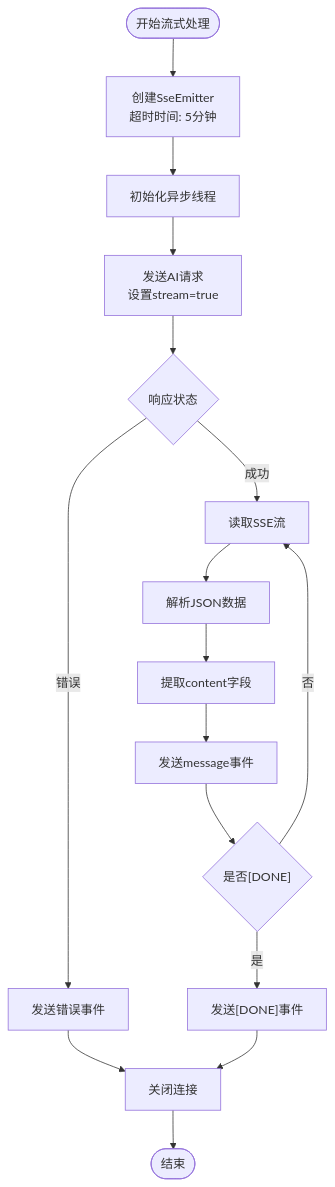
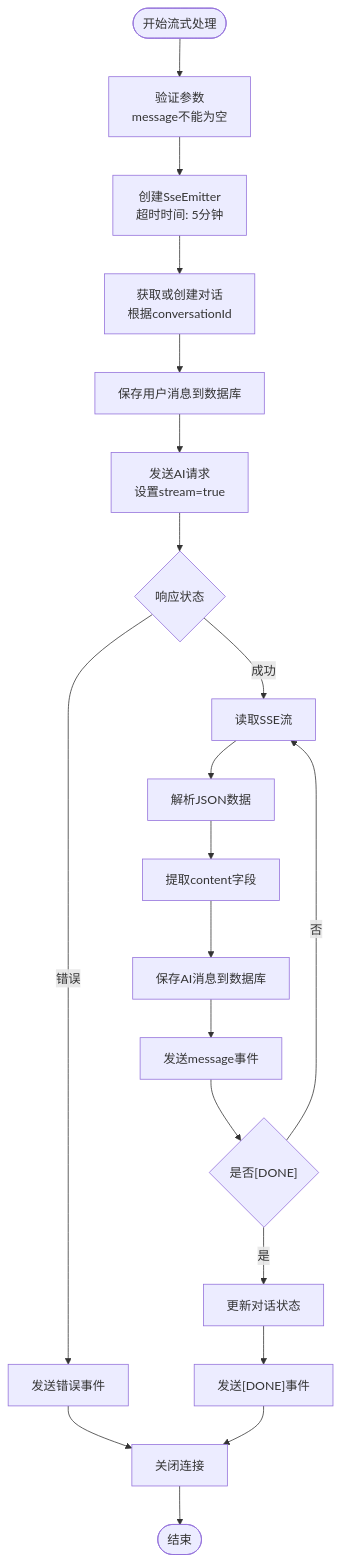
Before and after one commit to xionghao5/ruoyi-demo: the third of 7 diagrams in .qoder/repowiki/zh/content/API接口文档/AI对话API.md, drawn with Mermaid. The commit also changed other lines of this file and 3 other files, not shown here.

````diff
--- a/.qoder/repowiki/zh/content/API接口文档/AI对话API.md
+++ b/.qoder/repowiki/zh/content/API接口文档/AI对话API.md
@@ -182,18 +260,22 @@
 ```mermaid
 flowchart TD
-Start([开始流式处理]) --> CreateEmitter["创建SseEmitter<br/>超时时间: 5分钟"]
-CreateEmitter --> InitThread["初始化异步线程"]
-InitThread --> SendRequest["发送AI请求<br/>设置stream=true"]
-SendRequest --> CheckResponse{"响应状态"}
+Start([开始流式处理]) --> ValidateParams["验证参数<br/>message不能为空"]
+ValidateParams --> CreateEmitter["创建SseEmitter<br/>超时时间: 5分钟"]
+CreateEmitter --> GetOrCreateConversation["获取或创建对话<br/>根据conversationId"]
+GetOrCreateConversation --> SaveUserMessage["保存用户消息到数据库"]
+SaveUserMessage --> SendAIRequest["发送AI请求<br/>设置stream=true"]
+SendAIRequest --> CheckResponse{"响应状态"}
 CheckResponse --> |错误| SendError["发送错误事件"]
 CheckResponse --> |成功| ReadStream["读取SSE流"]
 SendError --> CloseConnection["关闭连接"]
 ReadStream --> ParseData["解析JSON数据"]
 ParseData --> ExtractContent["提取content字段"]
-ExtractContent --> SendEvent["发送message事件"]
+ExtractContent --> SaveAIMessage["保存AI消息到数据库"]
+SaveAIMessage --> SendEvent["发送message事件"]
 SendEvent --> CheckDone{"是否[DONE]"}
 CheckDone --> |否| ReadStream
-CheckDone --> |是| SendDone["发送[DONE]事件"]
+CheckDone --> |是| UpdateConversation["更新对话状态"]
+UpdateConversation --> SendDone["发送[DONE]事件"]
 SendDone --> CloseConnection
 CloseConnection --> End([结束])
 ```
````
